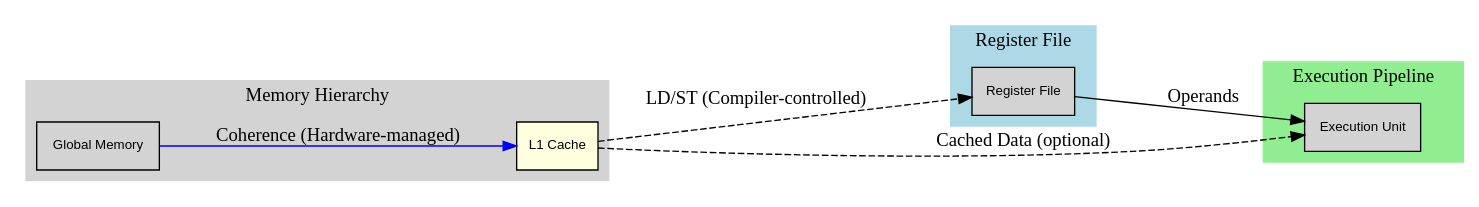
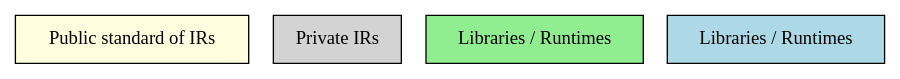
The diagram in source/gpu.rst (Jonathan2251/lbd), drawn with Graphviz before and after one commit. The commit also changed other lines of this file and 12 other files, not shown here.

Commit message:
gpu.rst: add section 'Unified IR Conversion Flows'

```diff
--- a/source/gpu.rst
+++ b/source/gpu.rst
@@ -2690,33 +3628,9 @@
 .. graphviz::
 
-   digraph TraditionalOperandDelivery {
-     rankdir=LR;
-     node [shape=box, style=filled, fontname="Helvetica", fontsize=10];
-
-     subgraph cluster_memory {
-       label="Memory Hierarchy";
-       style=filled;
-       color=lightgray;
-       GMEM [label="Global Memory"];
-       L1 [label="L1 Cache", fillcolor=lightyellow];
-     }
-
-     subgraph cluster_registers {
-       label="Register File";
-       style=filled;
-       color=lightblue;
-       RF [label="Register File"];
-     }
-
-     subgraph cluster_execution {
-       label="Execution Pipeline";
-       style=filled;
-       color=lightgreen;
-       EU [label="Execution Unit"];
-     }
-
-     GMEM -> L1 [label="Coherence (Hardware-managed)", color=blue];
-     L1 -> RF [label="LD/ST (Compiler-controlled)", style=dashed];
-     RF -> EU [label="Operands"];
-     L1 -> EU [label="Cached Data (optional)", style=dashed];
-   }
+    digraph G {
+        node [shape=box, style=filled];
+        PUIR [label="Public standard of IRs", fillcolor=lightyellow];
+        PRIR [label="Private IRs", fillcolor=lightgray];
+        LR [label="Libraries / Runtimes", fillcolor=lightgreen];
+        Machine [label="Libraries / Runtimes", fillcolor=lightblue];
+    }
```
